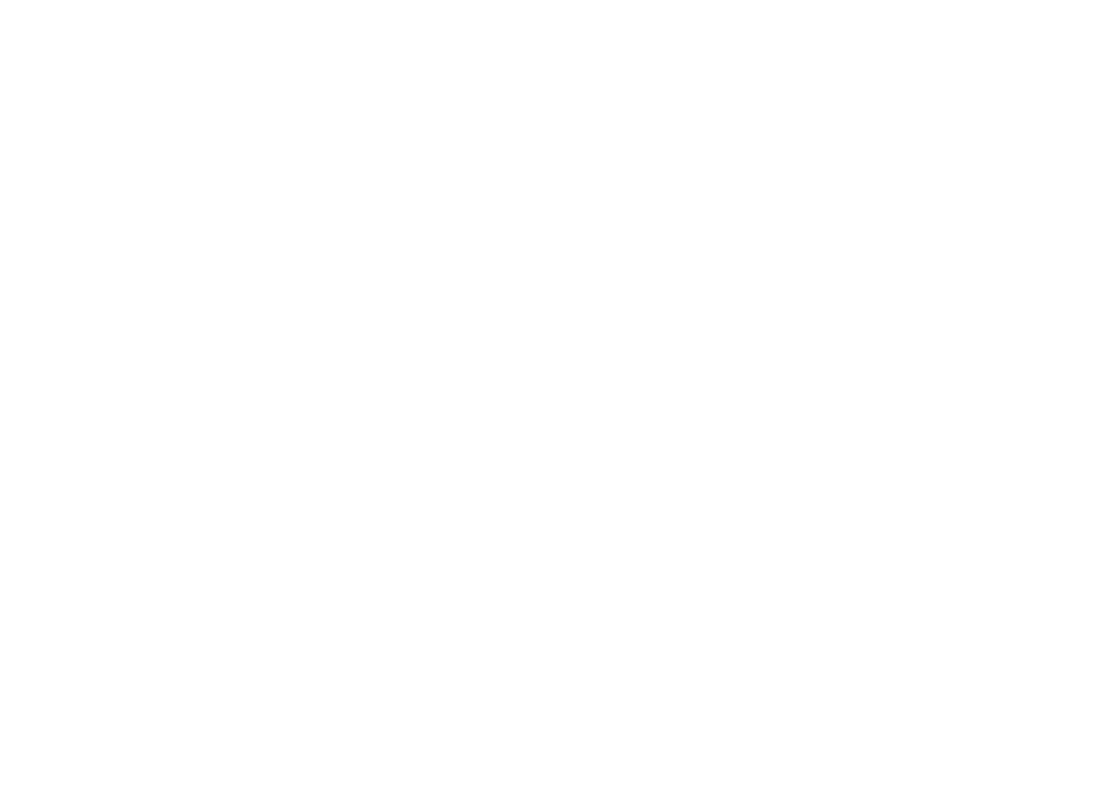
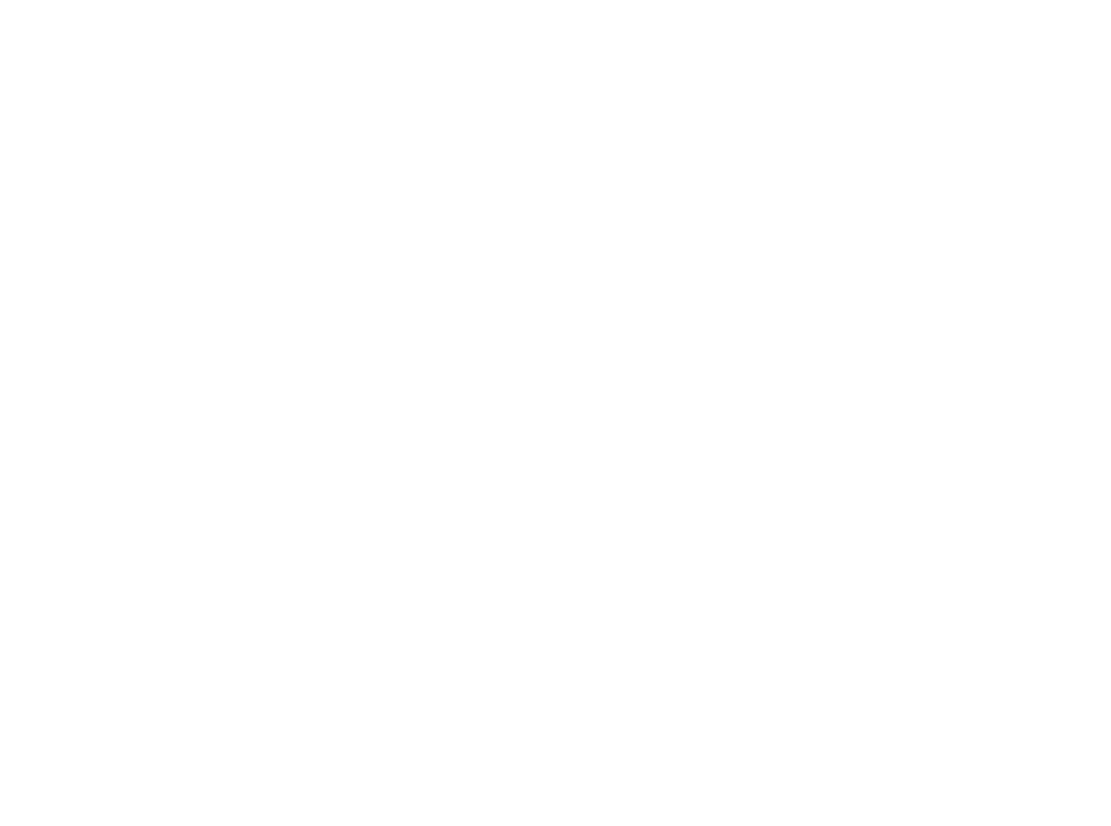
Before and after one commit to basictask/Intelligencia: the diagram in 3_solving_mdp/doc/graphs/solving_2.dot, drawn with Graphviz. The commit also changed 9 other files, not shown here.

Commit message:
added graph corrections to 3/solving_mdp

```diff
--- a/3_solving_mdp/doc/graphs/solving_2.dot
+++ b/3_solving_mdp/doc/graphs/solving_2.dot
@@ -1,34 +1,34 @@
 digraph dynamic_programming {
   graph [dpi = 300];
 
-  F5 [label="F5"]
-  F5L [label="F4"]
-  F5R [label="F3"]
-  F5LL [label="F3"]
-  F5LR [label="F2"]
-  F5RL [label="F2"]
-  F5RR [label="F1"]
-  F5LLL [label="F2"]
-  F5LLR [label="F1"]
-  F5LRL [label="F1"]
-  F5LRR [label="F0"]
-  F5RLL [label="F1"]
-  F5RLR [label="F0"]
-  F5LLLL [label="F1"]
-  F5LLLR [label="F0"]
+  F5 [label=<F<sub>5</sub>>]
+  F5L [label=<F<sub>4</sub>>]
+  F5R [label=<F<sub>3</sub>>]
+  F5LL [label=<F<sub>3</sub>>]
+  F5LR [label=<F<sub>2</sub>>]
+  F5RL [label=<F<sub>2</sub>>]
+  F5RR [label=<F<sub>1</sub>>]
+  F5LLL [label=<F<sub>2</sub>>]
+  F5LLR [label=<F<sub>1</sub>>]
+  F5LRL [label=<F<sub>1</sub>>]
+  F5LRR [label=<F<sub>0</sub>>]
+  F5RLL [label=<F<sub>1</sub>>]
+  F5RLR [label=<F<sub>0</sub>>]
+  F5LLLL [label=<F<sub>1</sub>>]
+  F5LLLR [label=<F<sub>0</sub>>]
 
   F5 -> F5L
   F5 -> F5R
   F5L -> F5LL
   F5L -> F5LR
   F5R -> F5RL
   F5R -> F5RR
   F5LL -> F5LLL
   F5LL -> F5LLR
   F5LR -> F5LRL
   F5LR -> F5LRR
   F5RL -> F5RLL
   F5RL -> F5RLR
   F5LLL -> F5LLLL
   F5LLL -> F5LLLR
 }
```
